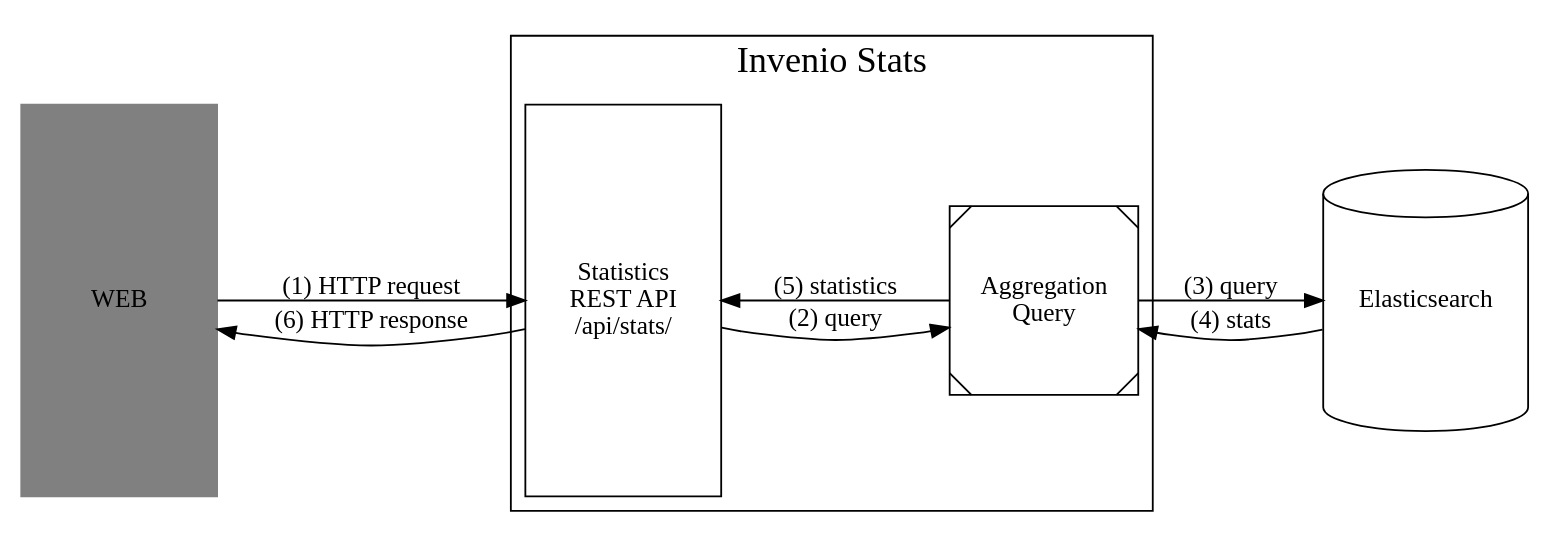
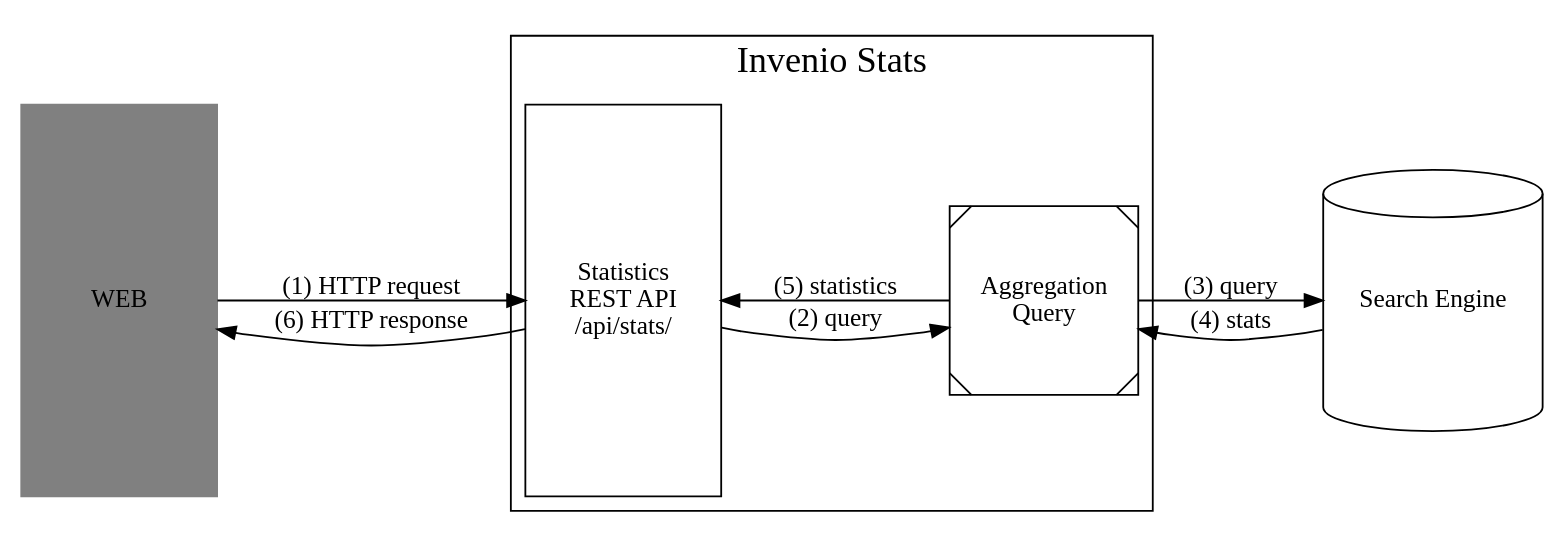
One commit to RCOSDP/weko changed the second of 2 diagrams in modules/invenio-stats/docs/overview.rst. Above: the diagram before and after it, drawn with Graphviz. The commit also changed other lines of this file and 144 other files, not shown here.

```diff
--- a/modules/invenio-stats/docs/overview.rst
+++ b/modules/invenio-stats/docs/overview.rst
@@ -94,34 +94,34 @@
 .. graphviz::
 
     digraph G {
     rankdir=LR;
     WEB [
         label="WEB",
         shape=rectangle,
         color=grey,
         style=filled,
         width=1.5,
         height=3,
     ]
     WEB -> REST [label="(1) HTTP request"];
     REST -> WEB [label="(6) HTTP response"];
 
 
     subgraph cluster_invenio_stats {
         fontsize = 20;
         label = "Invenio Stats";
         style = "solid";
         REST [
             label="Statistics\nREST API\n/api/stats/",
             shape=rectangle,
             width=1.5,
             height=3,
         ]
         Query [label="Aggregation\nQuery", shape="Msquare"]
         REST -> Query [label="(2) query"];
         Query -> REST [label="(5) statistics"];
     }
-    Elasticsearch [label="Elasticsearch", shape="cylinder", height=2];
-    Query -> Elasticsearch [label="(3) query"];
-    Elasticsearch -> Query [label="(4) stats"];
+    Search [label="Search Engine", shape="cylinder", height=2];
+    Query -> Search [label="(3) query"];
+    Search -> Query [label="(4) stats"];
     }
```
